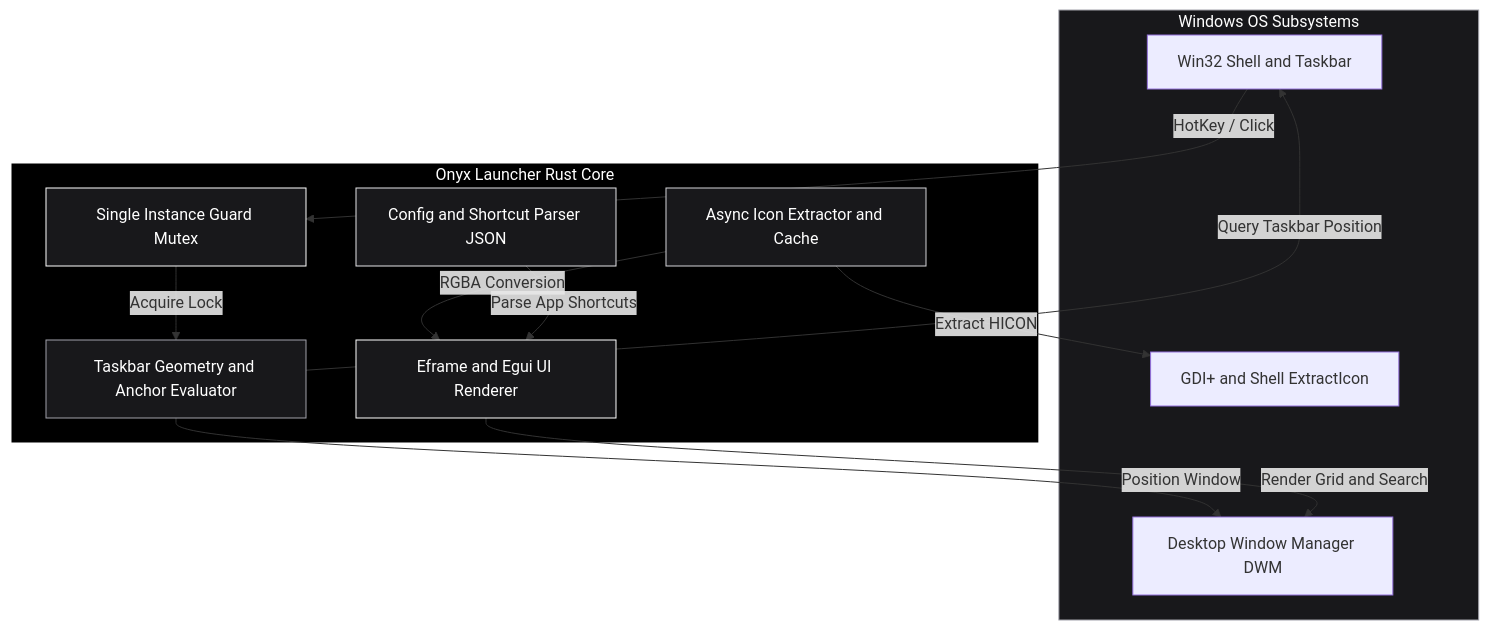
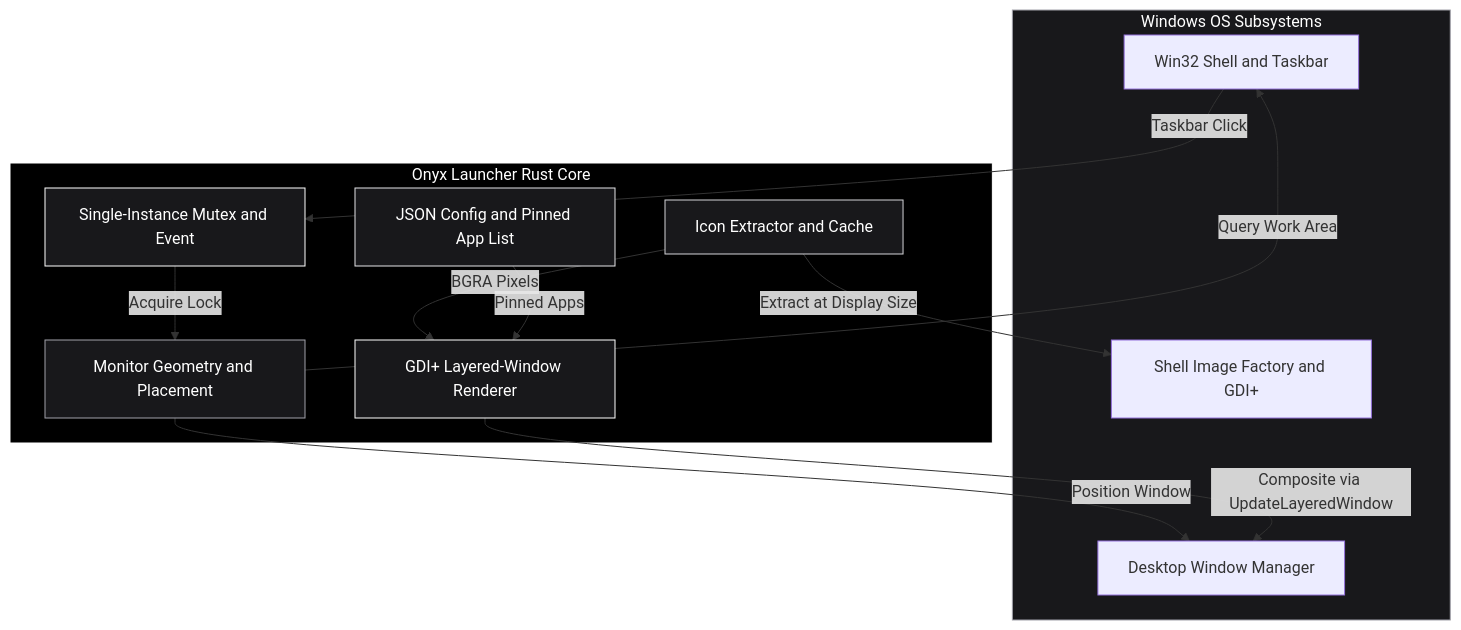
Before and after one commit to siddarth1872004/onyx-launcher: the first of 2 diagrams in README.md, drawn with Mermaid. The commit also changed other lines of this file, not shown here.

````diff
--- a/README.md
+++ b/README.md
@@ -9,33 +25,33 @@
 ```mermaid
 graph TB
     subgraph WIN32["Windows OS Subsystems"]
         SHELL["Win32 Shell and Taskbar"]
-        DWM["Desktop Window Manager DWM"]
-        GDI["GDI+ and Shell ExtractIcon"]
+        DWM["Desktop Window Manager"]
+        SHIMG["Shell Image Factory and GDI+"]
     end
 
     subgraph ONYX["Onyx Launcher Rust Core"]
-        SINGLE["Single Instance Guard Mutex"]
-        CFG["Config and Shortcut Parser JSON"]
-        ICON["Async Icon Extractor and Cache"]
-        GUI["Eframe and Egui UI Renderer"]
-        GEOM["Taskbar Geometry and Anchor Evaluator"]
+        SINGLE["Single-Instance Mutex and Event"]
+        CFG["JSON Config and Pinned App List"]
+        ICON["Icon Extractor and Cache"]
+        REND["GDI+ Layered-Window Renderer"]
+        GEOM["Monitor Geometry and Placement"]
     end
 
-    SHELL -->|HotKey / Click| SINGLE
+    SHELL -->|Taskbar Click| SINGLE
     SINGLE -->|Acquire Lock| GEOM
-    GEOM -->|Query Taskbar Position| SHELL
+    GEOM -->|Query Work Area| SHELL
     GEOM -->|Position Window| DWM
-    ICON -->|Extract HICON| GDI
-    ICON -->|RGBA Conversion| GUI
-    CFG -->|Parse App Shortcuts| GUI
-    GUI -->|Render Grid and Search| DWM
+    ICON -->|Extract at Display Size| SHIMG
+    ICON -->|BGRA Pixels| REND
+    CFG -->|Pinned Apps| REND
+    REND -->|Composite via UpdateLayeredWindow| DWM
 
     style WIN32 fill:#18181b,stroke:#a1a1aa,color:#fff
     style ONYX fill:#000000,stroke:#ffffff,color:#fff
     style SINGLE fill:#18181b,stroke:#ffffff,color:#fff
     style CFG fill:#18181b,stroke:#e4e4e7,color:#fff
     style ICON fill:#18181b,stroke:#d4d4d8,color:#fff
-    style GUI fill:#18181b,stroke:#ffffff,color:#fff
+    style REND fill:#18181b,stroke:#ffffff,color:#fff
     style GEOM fill:#18181b,stroke:#a1a1aa,color:#fff
 ```
````
